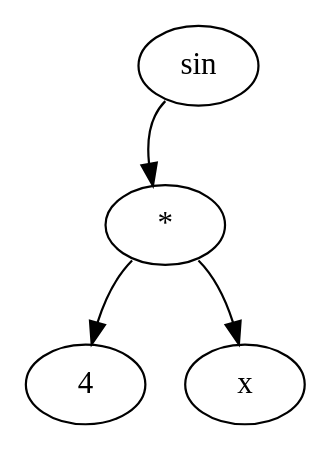
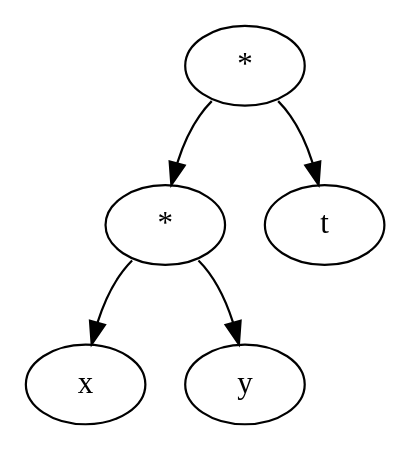
Before and after one commit to alextroegubov/Technotrack-C-course: the diagram in diff/tree.dot, drawn with Graphviz. The commit also changed 11 other files, not shown here.

```diff
--- a/diff/tree.dot
+++ b/diff/tree.dot
@@ -1,10 +1,12 @@
 digraph G {
-94923691497104[label = "4"]
-94923691497264[label = " *"]
-94923691497264:sw ->94923691497104;
-94923691497264:se ->94923691497184;
-94923691497184[label = "x"]
-94923691497344[label = " sin"]
-94923691497344:sw ->94923691497264;
+93993717757584[label = "x"]
+93993717757744[label = " *"]
+93993717757744:sw ->93993717757584;
+93993717757744:se ->93993717757664;
+93993717757664[label = "y"]
+93993717757904[label = " *"]
+93993717757904:sw ->93993717757744;
+93993717757904:se ->93993717757824;
+93993717757824[label = "t"]
 
 }
```
